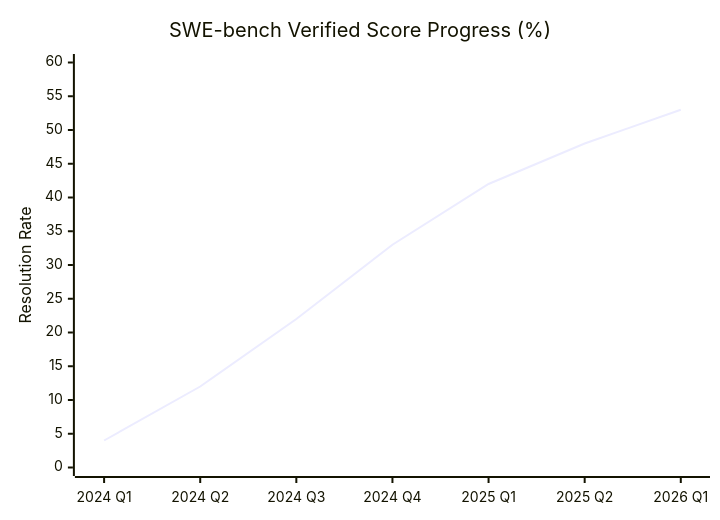
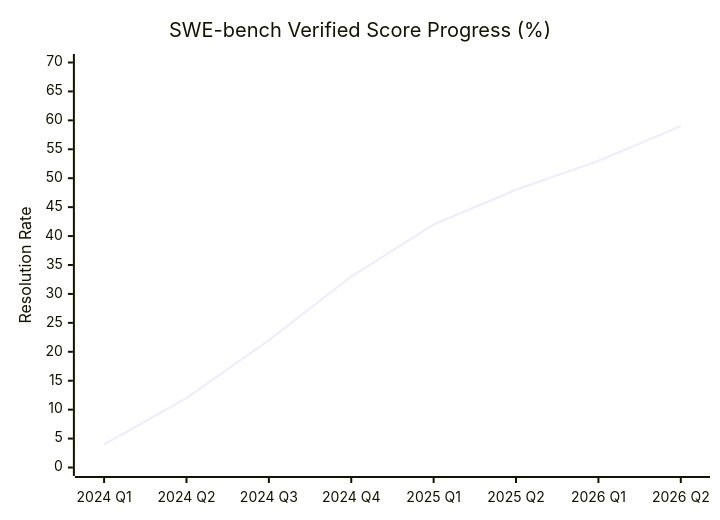
The sixth of 7 diagrams in docs/ai/agents/05-coding-agents.mdx (YiWang24/AiDIY), drawn with Mermaid before and after one commit. The commit also changed other lines of this file and 2 other files, not shown here.

Commit message:
docs: 每日知识更新 2026-04-26 (#14)
- 新增 GPT-5.5 模型信息（LLM Fundamentals）
- 修正 Qwen 3.6-Plus 上下文窗口为 1M tokens
- 更新 Coding Agents SWE-bench 基准数据
- 新增每日博客：GPT-5.5 发布、MCP 路线图、Cloud Next '26

````diff
--- a/docs/ai/agents/05-coding-agents.mdx
+++ b/docs/ai/agents/05-coding-agents.mdx
@@ -308,7 +308,7 @@
 ```mermaid
 xychart-beta
     title "SWE-bench Verified Score Progress (%)"
-    x-axis ["2024 Q1", "2024 Q2", "2024 Q3", "2024 Q4", "2025 Q1", "2025 Q2", "2026 Q1"]
-    y-axis "Resolution Rate" 0 --> 60
-    line [4, 12, 22, 33, 42, 48, 53]
+    x-axis ["2024 Q1", "2024 Q2", "2024 Q3", "2024 Q4", "2025 Q1", "2025 Q2", "2026 Q1", "2026 Q2"]
+    y-axis "Resolution Rate" 0 --> 70
+    line [4, 12, 22, 33, 42, 48, 53, 59]
 ```
````
